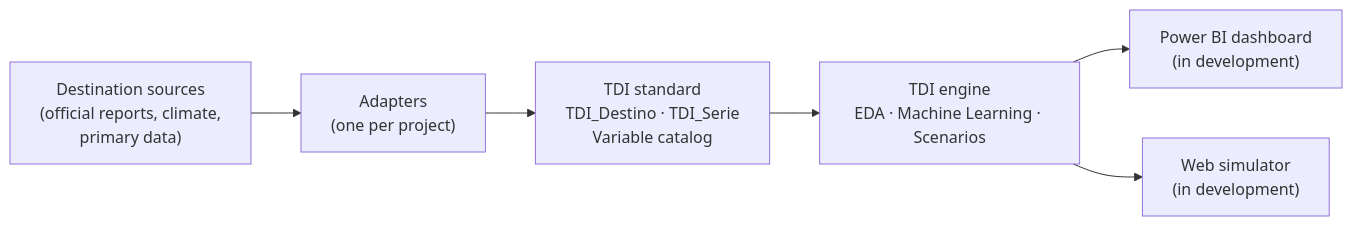
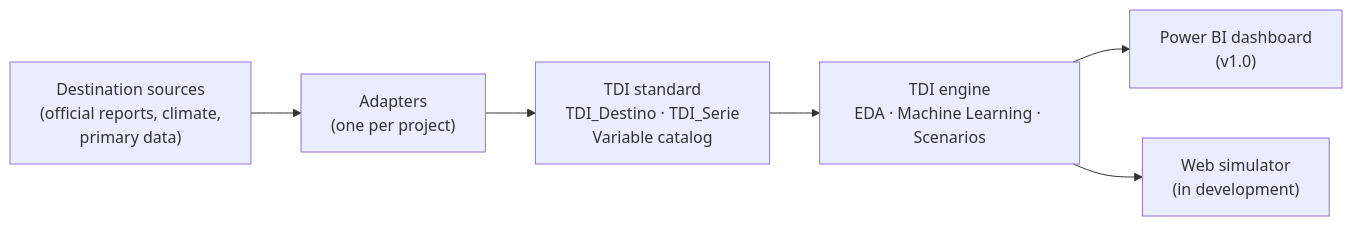
The first of 2 diagrams in README.en.md (VictorHugoVillegasRios/tdi-showcase), drawn with Mermaid before and after one commit. The commit also changed other lines of this file and 10 other files, not shown here.

Commit message:
docs: sección Dashboard Power BI (v1.0)

````diff
--- a/README.en.md
+++ b/README.en.md
@@ -24,8 +24,8 @@
 ```mermaid
 flowchart LR
     F["Destination sources<br/>(official reports, climate,<br/>primary data)"] --> A["Adapters<br/>(one per project)"]
     A --> E["TDI standard<br/>TDI_Destino · TDI_Serie<br/>Variable catalog"]
     E --> M["TDI engine<br/>EDA · Machine Learning · Scenarios"]
-    M --> P["Power BI dashboard<br/>(in development)"]
+    M --> P["Power BI dashboard<br/>(v1.0)"]
     M --> S["Web simulator<br/>(in development)"]
 ```
````
